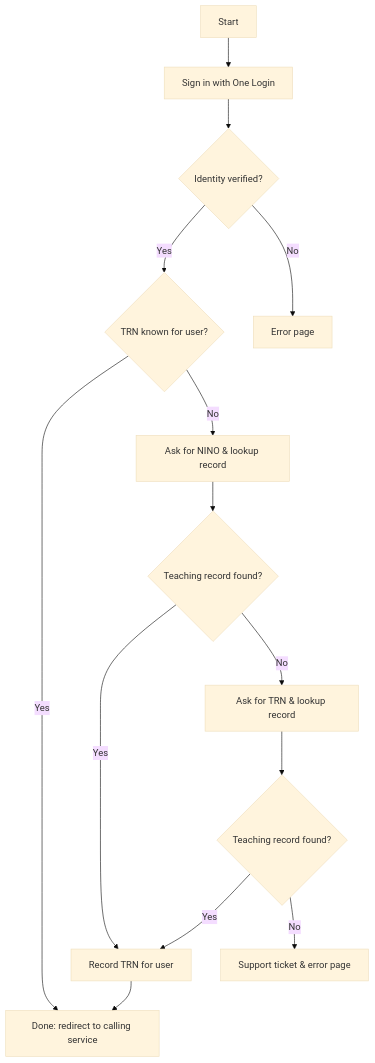
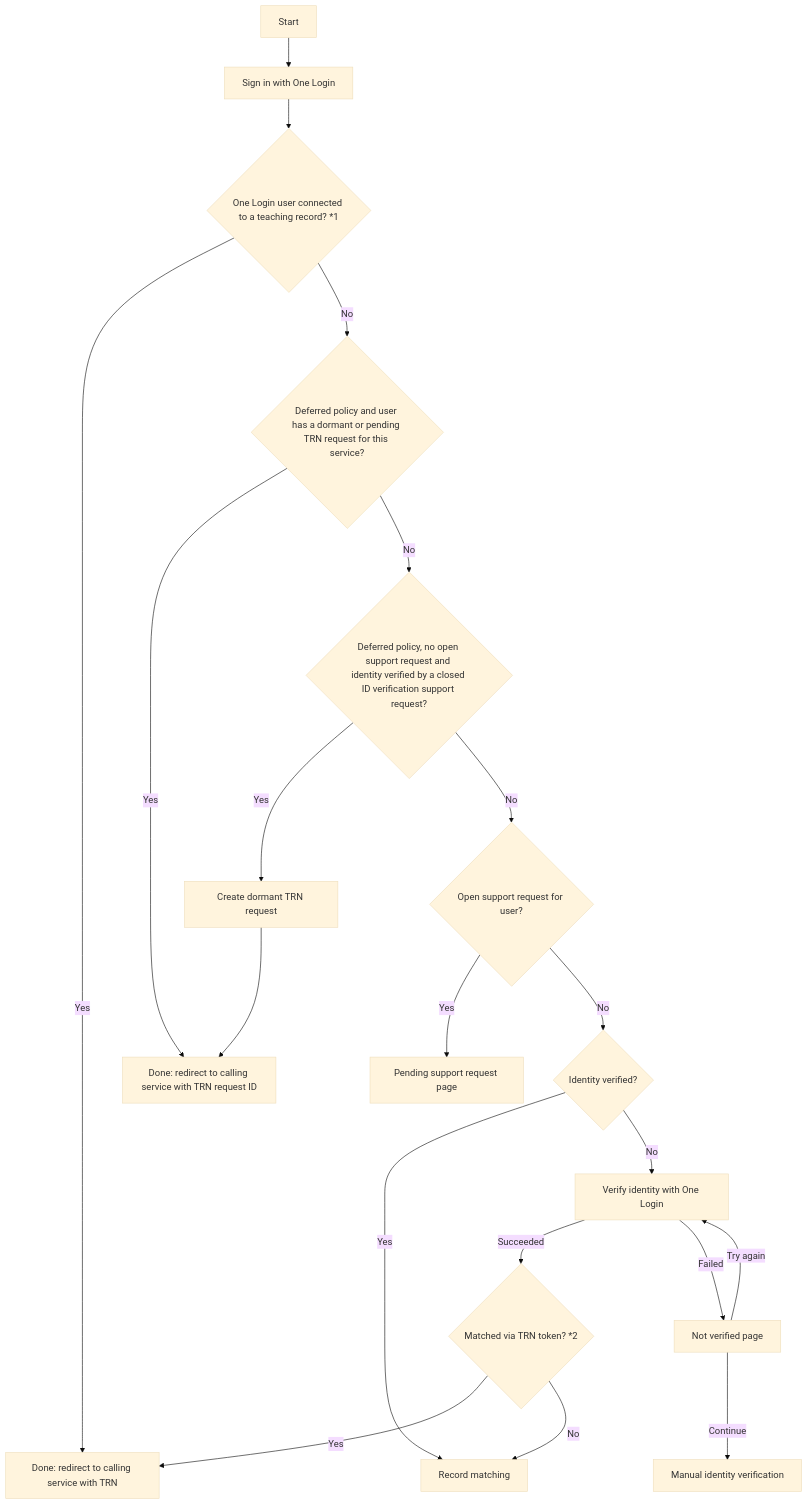
The first of 4 diagrams in docs/trs-gov.one-login-flow.md (DFE-Digital/teaching-record-system), drawn with Mermaid (base theme) before and after one commit. The commit also changed other lines of this file, not shown here.

First line of the commit message:
Update One Login flow docs to match implementation (#4011)

````diff
--- a/docs/trs-gov.one-login-flow.md
+++ b/docs/trs-gov.one-login-flow.md
@@ -6,17 +17,21 @@
 ```mermaid
   flowchart TD
   Start[Start] --> OneLogin[Sign in with One Login]
-  OneLogin --> Verified{Identity verified?}
-  Verified -->|Yes| TrnKnown{TRN known for user?}
-  TrnKnown -->|Yes| Done
-  TrnKnown -->|No| Nino[Ask for NINO & lookup record]
-  Nino --> FoundAfterNino{Teaching record found?}
-  FoundAfterNino -->|Yes| RecordTrn[Record TRN for user]
-  RecordTrn --> Done
-  FoundAfterNino -->|No| Trn[Ask for TRN & lookup record]
-  Trn --> FoundAfterTrn{Teaching record found?}
-  FoundAfterTrn -->|Yes| RecordTrn
-  FoundAfterTrn -->|No| LookupFailed[Support ticket & error page]
-  Verified -->|No| VerificationFailed[Error page]
-  Done[Done: redirect to calling service]
+  OneLogin --> TrnKnown{One Login user connected to a teaching record? *1}
+  TrnKnown -->|Yes| DoneTrn[Done: redirect to calling service with TRN]
+  TrnKnown -->|No| ExistingRequest{Deferred policy and user has a dormant or pending TRN request for this service?}
+  ExistingRequest -->|Yes| DoneTrnRequest[Done: redirect to calling service with TRN request ID]
+  ExistingRequest -->|No| VerifiedBySupport{Deferred policy, no open support request and identity verified by a closed ID verification support request?}
+  VerifiedBySupport -->|Yes| CreateDormant[Create dormant TRN request] --> DoneTrnRequest
+  VerifiedBySupport -->|No| PendingTask{Open support request for user?}
+  PendingTask -->|Yes| PendingPage[Pending support request page]
+  PendingTask -->|No| Verified{Identity verified?}
+  Verified -->|Yes| RecordMatching[Record matching]
+  Verified -->|No| Idv[Verify identity with One Login]
+  Idv -->|Succeeded| TrnToken{Matched via TRN token? *2}
+  TrnToken -->|Yes| DoneTrn
+  TrnToken -->|No| RecordMatching
+  Idv -->|Failed| NotVerified[Not verified page]
+  NotVerified -->|Try again| Idv
+  NotVerified -->|Continue| ManualIdv[Manual identity verification]
 ```
````
